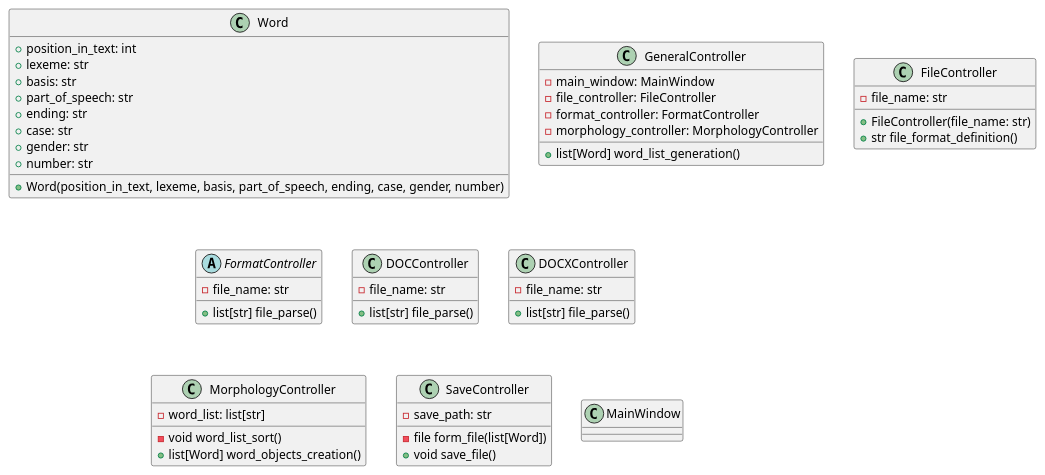
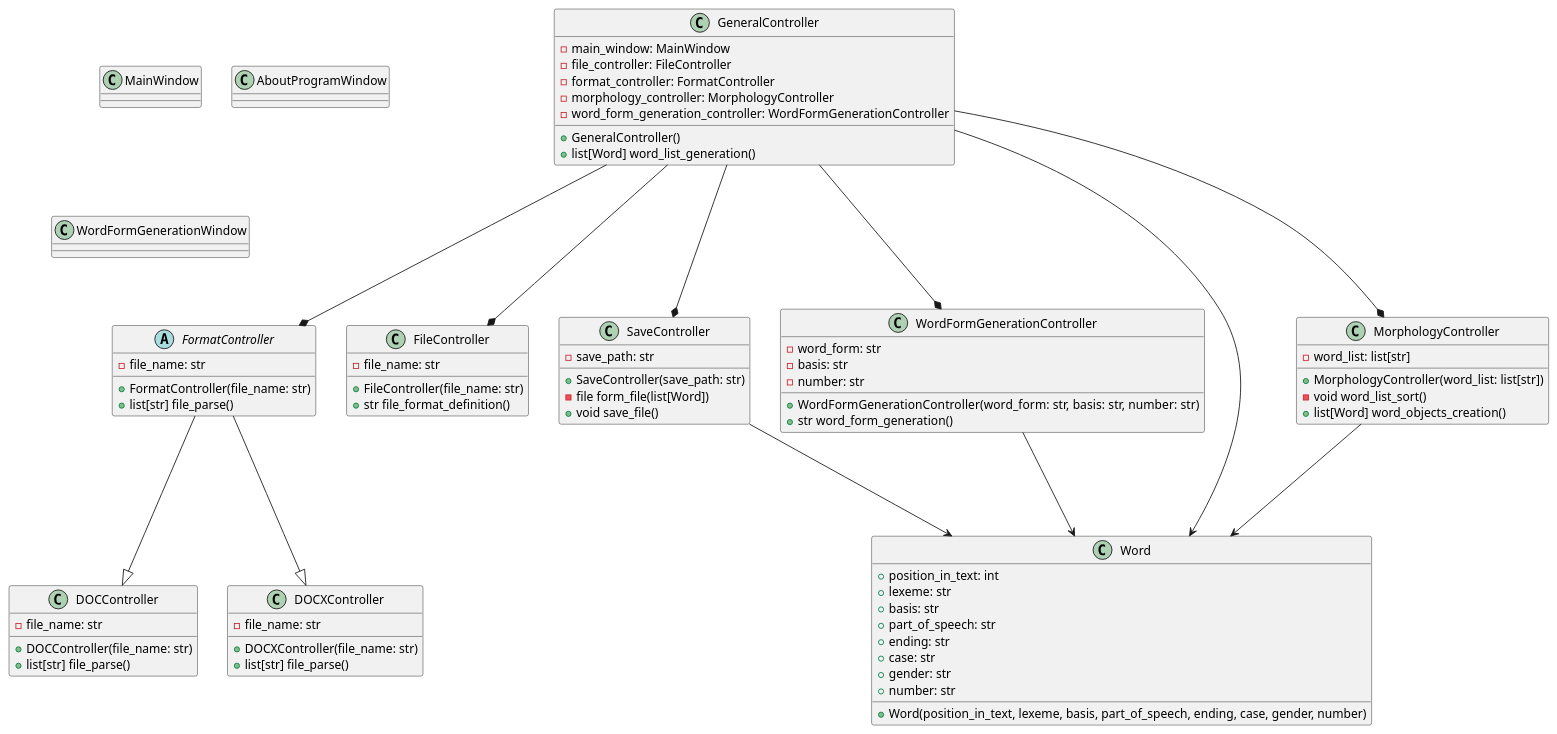
Before and after one commit to oden73/Natural-Language-Interface-of-Intelligent-Systems: the diagram in lw1/diagram/class_diagram.puml, drawn with PlantUML.

Commit message:
class diagram update

```diff
--- a/lw1/diagram/class_diagram.puml
+++ b/lw1/diagram/class_diagram.puml
@@ -1,61 +1,100 @@
 @startuml
 'https://plantuml.com/class-diagram
 
 class Word {
     + position_in_text: int
     + lexeme: str
     + basis: str
     + part_of_speech: str
     + ending: str
     + case: str
     + gender: str
     + number: str
     + Word(position_in_text, lexeme, basis, part_of_speech, ending, case, gender, number)
 }
 
 class GeneralController {
     - main_window: MainWindow
     - file_controller: FileController
     - format_controller: FormatController
     - morphology_controller: MorphologyController
+    - word_form_generation_controller: WordFormGenerationController
+    + GeneralController()
     + list[Word] word_list_generation()
 }
 
 class FileController {
     - file_name: str
     + FileController(file_name: str)
     + str file_format_definition()
 }
 
 abstract class FormatController {
     - file_name: str
+    + FormatController(file_name: str)
     + list[str] file_parse()
 }
 
 class DOCController {
     - file_name: str
+    + DOCController(file_name: str)
     + list[str] file_parse()
 }
 
 class DOCXController {
     - file_name: str
+    + DOCXController(file_name: str)
     + list[str] file_parse()
 }
 
 class MorphologyController {
     - word_list: list[str]
+    + MorphologyController(word_list: list[str])
     - void word_list_sort()
     + list[Word] word_objects_creation()
 }
 
 class SaveController {
     - save_path: str
+    + SaveController(save_path: str)
     - file form_file(list[Word])
     + void save_file()
+}
+
+class WordFormGenerationController {
+    - word_form: str
+    - basis: str
+    - number: str
+    + WordFormGenerationController(word_form: str, basis: str, number: str)
+    + str word_form_generation()
 }
 
 class MainWindow {
 
 }
 
+class AboutProgramWindow {
+    
+}
+
+class WordFormGenerationWindow {
+
+}
+
+GeneralController ---> Word
+GeneralController ---* FileController
+GeneralController ---* FormatController
+GeneralController ---* MorphologyController
+GeneralController ---* SaveController
+GeneralController ---* WordFormGenerationController
+
+FormatController ---|> DOCController
+FormatController ---|> DOCXController
+
+MorphologyController ---> Word
+
+SaveController ---> Word
+
+WordFormGenerationController ---> Word
+
 @enduml
```
